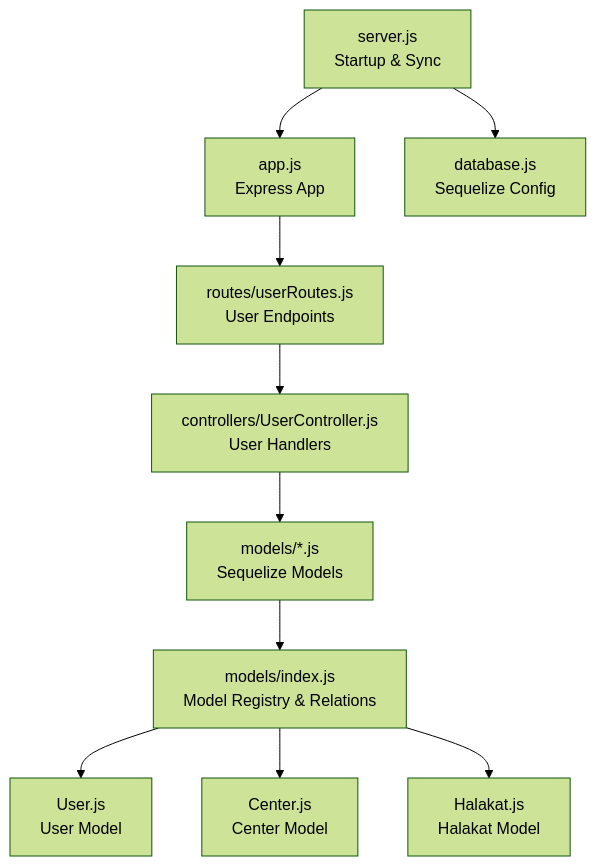
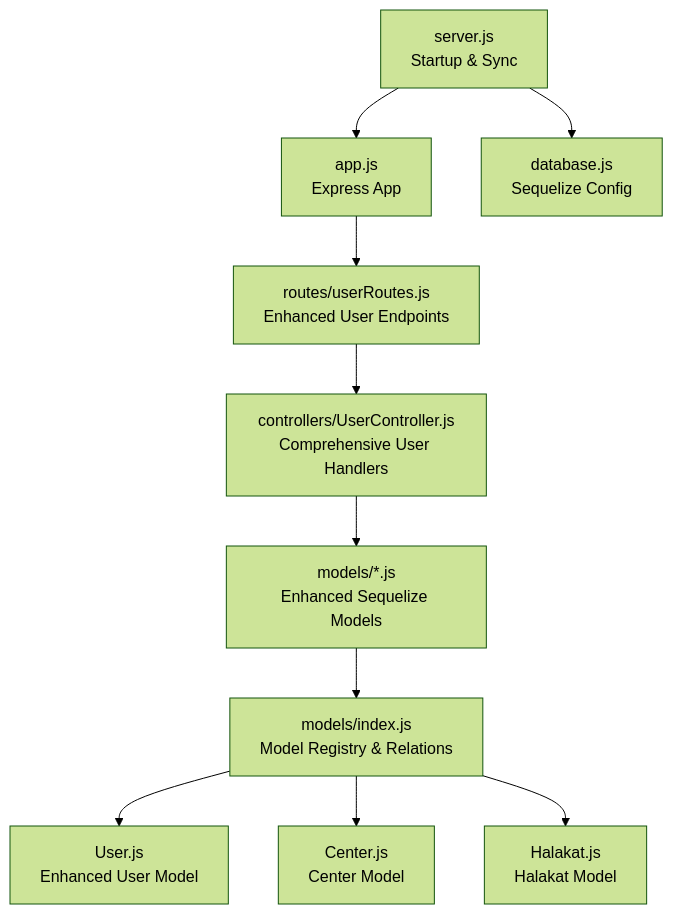
The first of 8 diagrams in .qoder/repowiki/en/content/Feature Modules/User Management System.md (Mreng78/khirocom_project), drawn with Mermaid (forest theme) before and after one commit. The commit also changed other lines of this file and 13 other files, not shown here.

````diff
--- a/.qoder/repowiki/en/content/Feature Modules/User Management System.md
+++ b/.qoder/repowiki/en/content/Feature Modules/User Management System.md
@@ -50,12 +51,12 @@
 ```mermaid
 graph TB
 A["server.js<br/>Startup & Sync"] --> B["app.js<br/>Express App"]
 A --> C["database.js<br/>Sequelize Config"]
-B --> D["routes/userRoutes.js<br/>User Endpoints"]
-D --> E["controllers/UserController.js<br/>User Handlers"]
-E --> F["models/*.js<br/>Sequelize Models"]
+B --> D["routes/userRoutes.js<br/>Enhanced User Endpoints"]
+D --> E["controllers/UserController.js<br/>Comprehensive User Handlers"]
+E --> F["models/*.js<br/>Enhanced Sequelize Models"]
 F --> G["models/index.js<br/>Model Registry & Relations"]
-G --> H["User.js<br/>User Model"]
+G --> H["User.js<br/>Enhanced User Model"]
 G --> I["Center.js<br/>Center Model"]
 G --> J["Halakat.js<br/>Halakat Model"]
 ```
````
